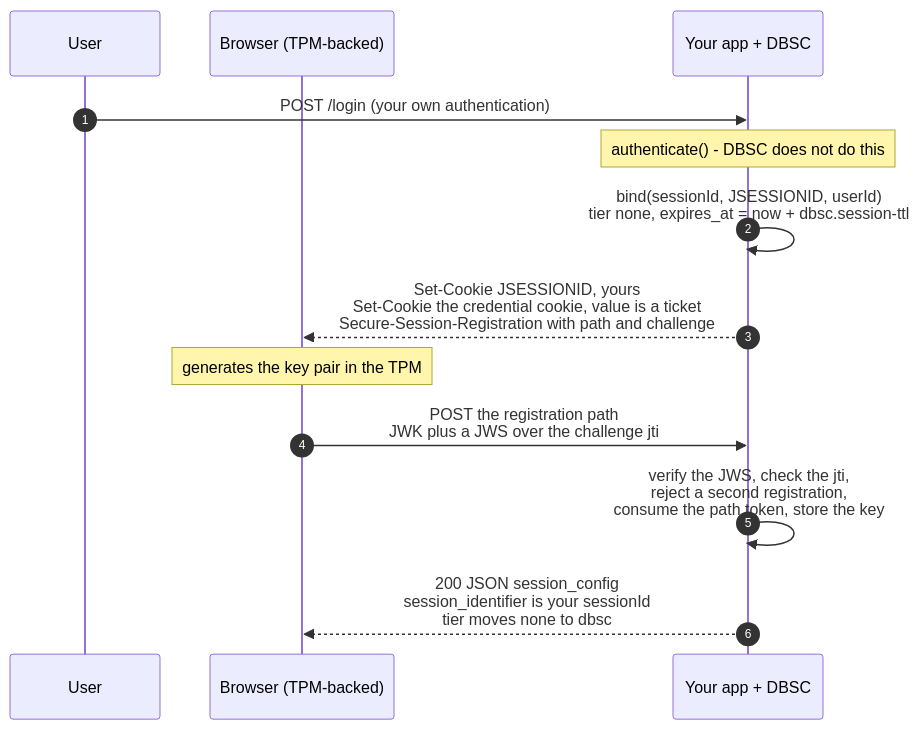
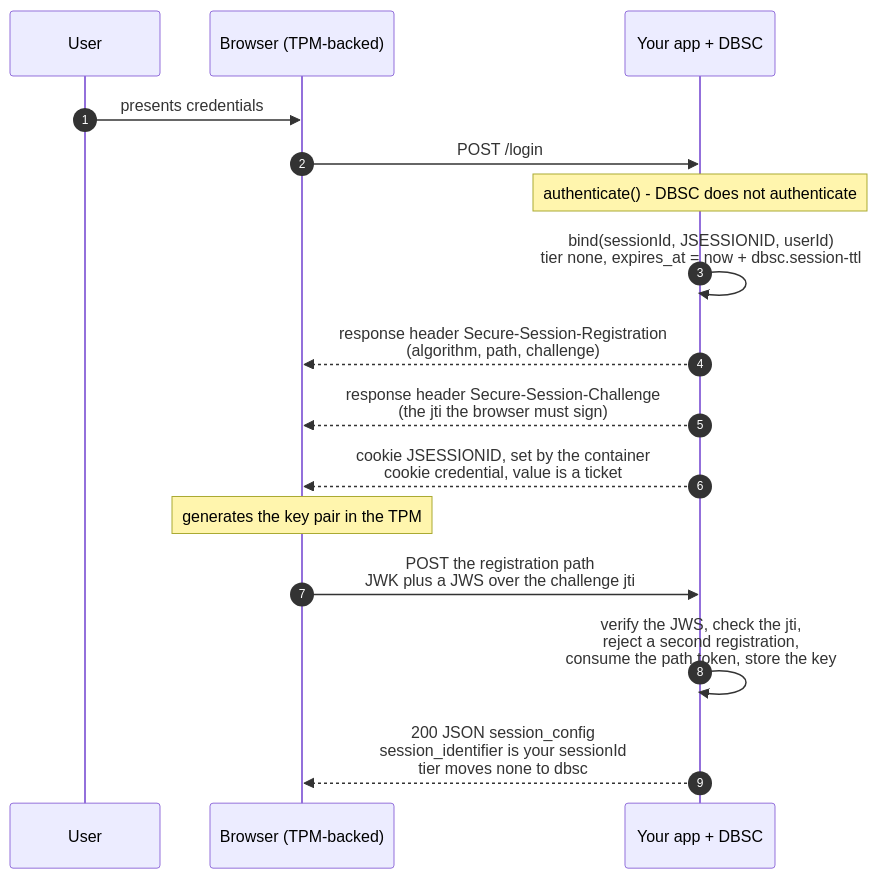
The third of 12 diagrams in README.md (yuukioosaka/spring-dbsc), drawn with Mermaid before and after one commit. The commit also changed other lines of this file, not shown here.

Commit message:
Correct the Phase 1 diagram: headers are headers, and say who sets the cookie
The registration and challenge values travel as response headers, not as
Set-Cookie, and the diagram implied otherwise. It also read as if DBSC set the
JSESSIONID, which the servlet container does.

Split the login response into its headers and its cookies, name the challenge
header the browser actually has to sign, and attribute the JSESSIONID to the
container. The credential cookie is genuinely set by bind() and keeps its own
line.

````diff
--- a/README.md
+++ b/README.md
@@ -524,16 +525,19 @@
 ```mermaid
 sequenceDiagram
     autonumber
     participant U as User
     participant B as Browser (TPM-backed)
     participant S as Your app + DBSC
 
-    U->>S: POST /login  (your own authentication)
-    Note over S: authenticate() - DBSC does not do this
+    U->>B: presents credentials
+    B->>S: POST /login
+    Note over S: authenticate() - DBSC does not authenticate
     S->>S: bind(sessionId, JSESSIONID, userId)<br/>tier none, expires_at = now + dbsc.session-ttl
-    S-->>B: Set-Cookie JSESSIONID, yours<br/>Set-Cookie the credential cookie, value is a ticket<br/>Secure-Session-Registration with path and challenge
+    S-->>B: response header Secure-Session-Registration<br/>(algorithm, path, challenge)
+    S-->>B: response header Secure-Session-Challenge<br/>(the jti the browser must sign)
+    S-->>B: cookie JSESSIONID, set by the container<br/>cookie credential, value is a ticket
     Note over B: generates the key pair in the TPM
     B->>S: POST the registration path<br/>JWK plus a JWS over the challenge jti
     S->>S: verify the JWS, check the jti,<br/>reject a second registration,<br/>consume the path token, store the key
     S-->>B: 200 JSON session_config<br/>session_identifier is your sessionId<br/>tier moves none to dbsc
 ```
````
